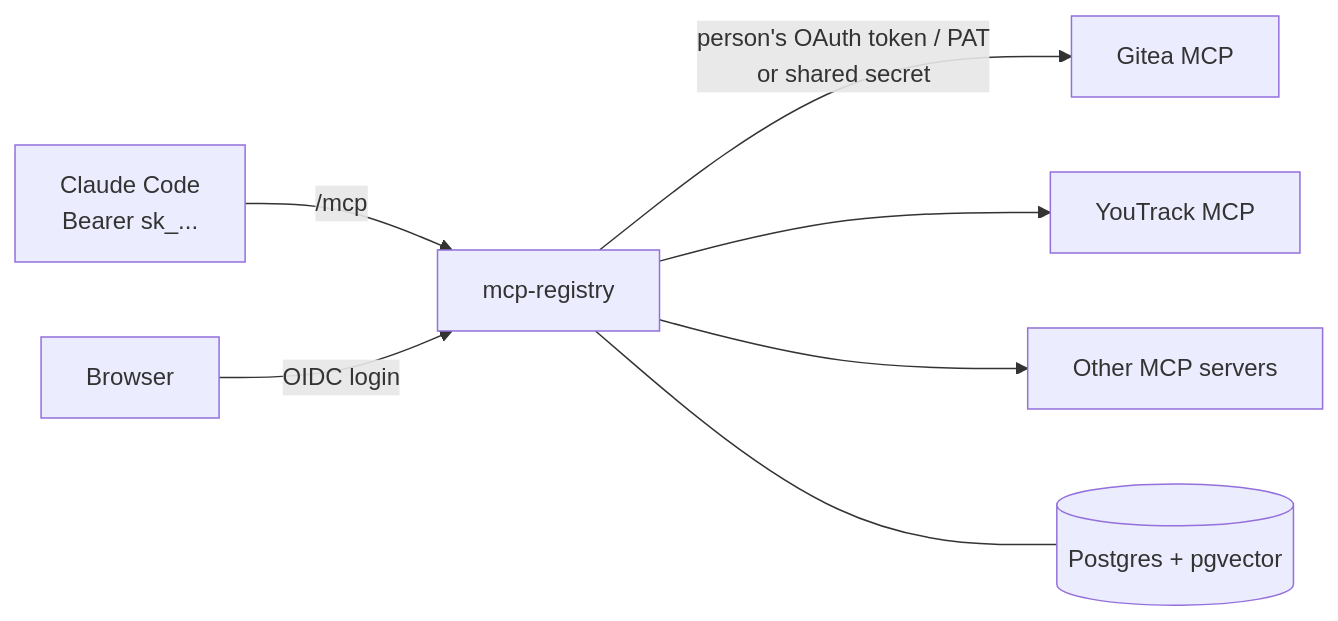
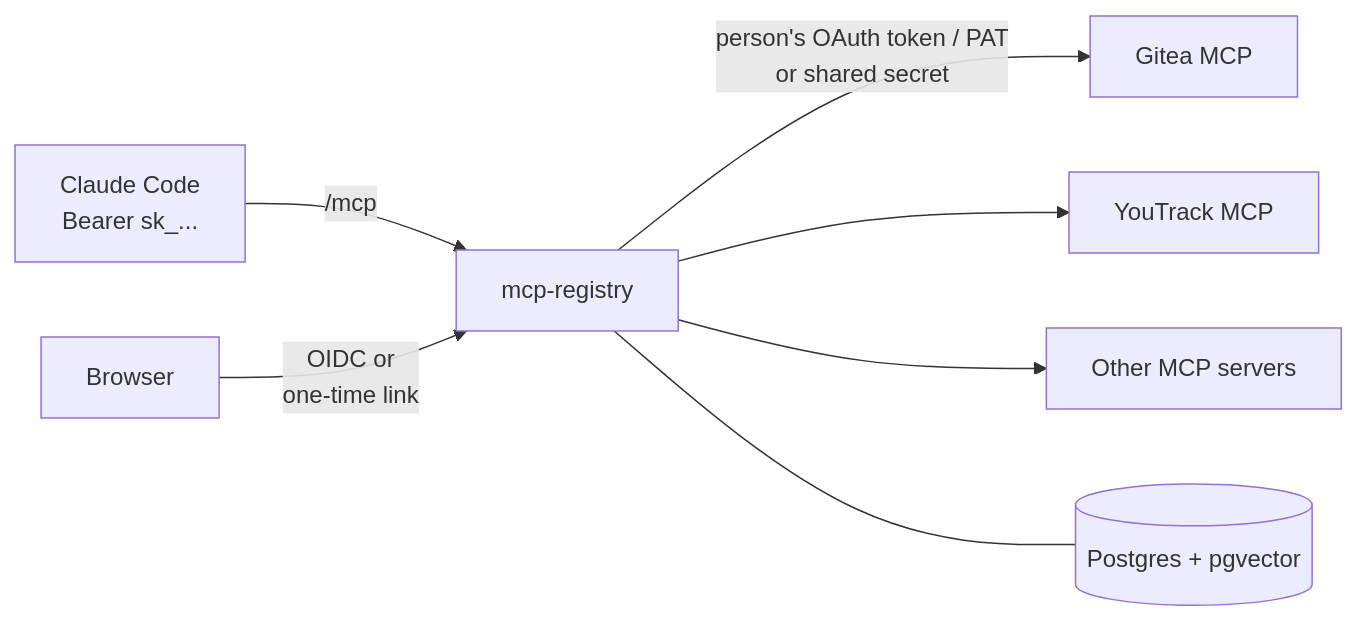
Before and after one commit to ai-pipes/mcp-registry: the diagram in README.md, drawn with Mermaid. The commit also changed other lines of this file and 6 other files, not shown here.

````diff
--- a/README.md
+++ b/README.md
@@ -11,9 +106,9 @@
 ```mermaid
 flowchart LR
   A[Claude Code<br/>Bearer sk_...] -->|/mcp| G[mcp-registry]
-  B[Browser] -->|OIDC login| G
+  B[Browser] -->|OIDC or<br/>one-time link| G
   G -->|person's OAuth token / PAT<br/>or shared secret| U1[Gitea MCP]
   G --> U2[YouTrack MCP]
   G --> U3[Other MCP servers]
   G --- DB[(Postgres + pgvector)]
 ```
````
